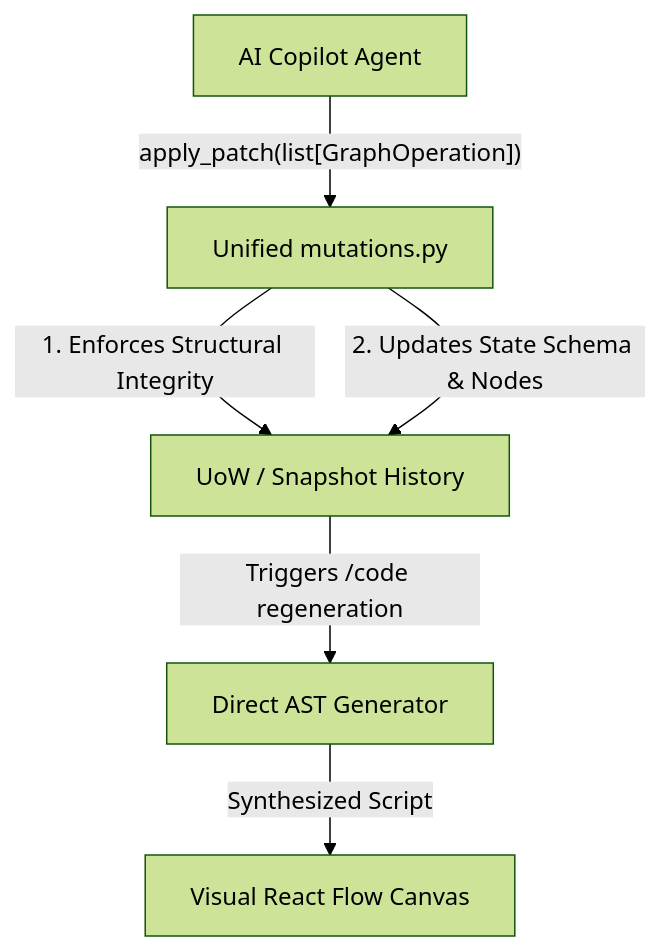
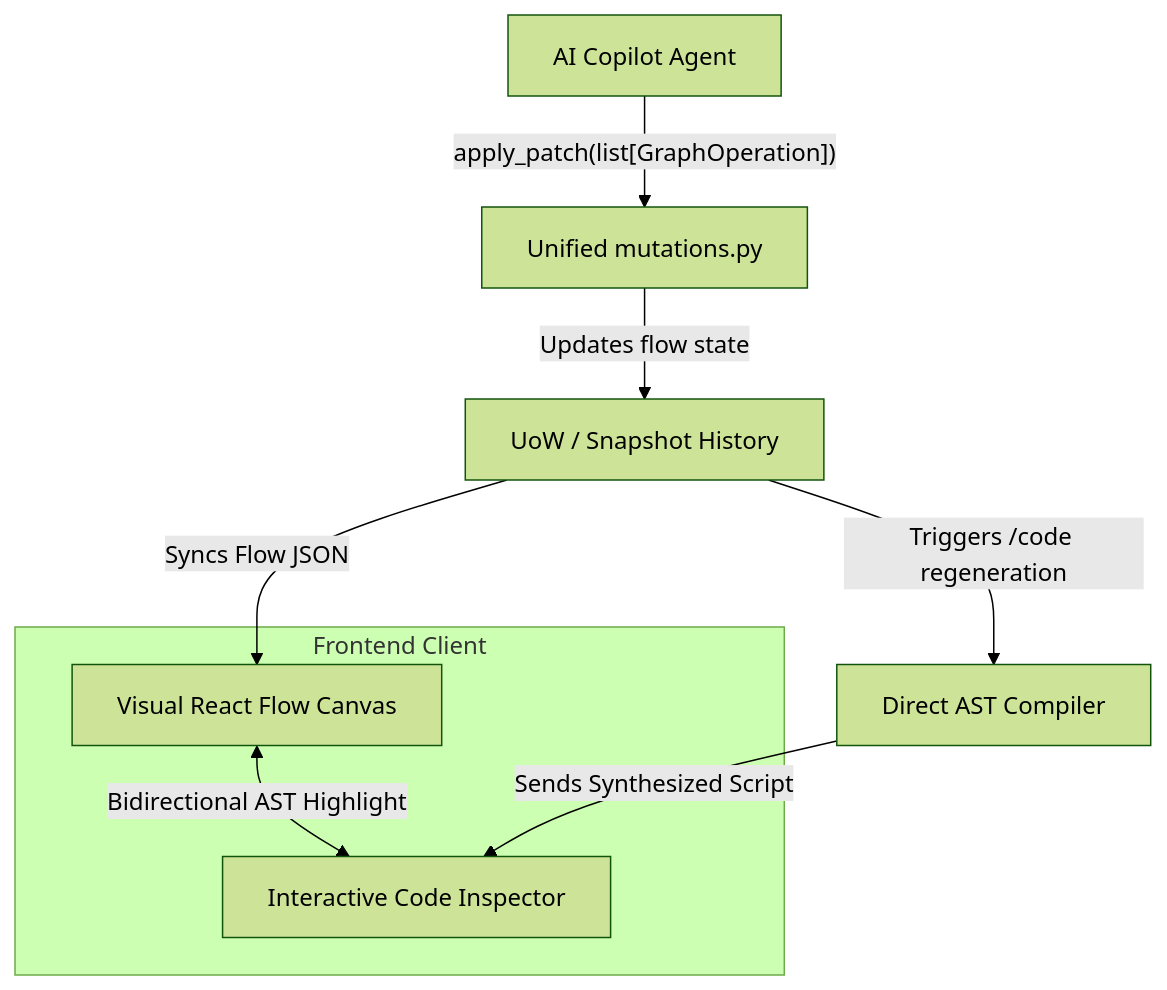
Before and after one commit to kszucher/graphboard: the diagram in README.md, drawn with Mermaid (forest theme). The commit also changed other lines of this file, not shown here.

````diff
--- a/README.md
+++ b/README.md
@@ -83,8 +61,16 @@
 ```mermaid
 graph TD
     Copilot[AI Copilot Agent] -- "apply_patch(list[GraphOperation])" --> Mutations[Unified mutations.py]
-    Mutations -- "1. Enforces Structural Integrity" --> History[UoW / Snapshot History]
-    Mutations -- "2. Updates State Schema & Nodes" --> History
-    History -- "Triggers /code regeneration" --> Compiler[Direct AST Generator]
-    Compiler -- "Synthesized Script" --> UI[Visual React Flow Canvas]
+    Mutations -- "Updates flow state" --> History[UoW / Snapshot History]
+    History -- "Triggers /code regeneration" --> Compiler[Direct AST Compiler]
+    
+    subgraph Frontend Client
+        UI[Visual React Flow Canvas]
+        Code[Interactive Code Inspector]
+        
+        UI <--> |Bidirectional AST Highlight| Code
+    end
+    
+    History -- "Syncs Flow JSON" --> UI
+    Compiler -- "Sends Synthesized Script" --> Code
 ```
````
